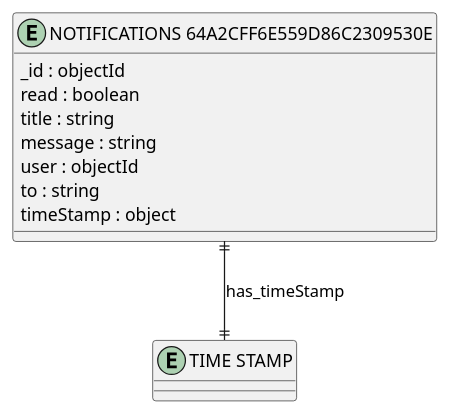
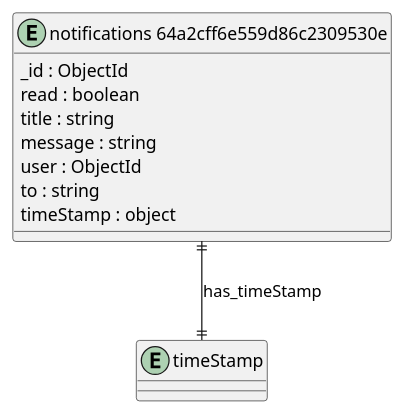
One commit to DigitalPaani/DigitalPaani_ERD changed the diagram in erd_output/NOTIFICATIONS_64A2CFF6E559D86C2309530E.puml. Above: the diagram before and after it, drawn with PlantUML. The commit also changed 274 other files, not shown here.

Commit message:
fix: updated diagram and script

```diff
--- a/erd_output/NOTIFICATIONS_64A2CFF6E559D86C2309530E.puml
+++ b/erd_output/NOTIFICATIONS_64A2CFF6E559D86C2309530E.puml
@@ -1,18 +1,18 @@
-@startuml NOTIFICATIONS_64A2CFF6E559D86C2309530E_Diagram
+@startuml notifications_64a2cff6e559d86c2309530e_Diagram
 
-entity "NOTIFICATIONS 64A2CFF6E559D86C2309530E" as NOTIFICATIONS_64A2CFF6E559D86C2309530E {
-  _id : objectId
+entity "notifications 64a2cff6e559d86c2309530e" as notifications_64a2cff6e559d86c2309530e {
+  _id : ObjectId
   read : boolean
   title : string
   message : string
-  user : objectId
+  user : ObjectId
   to : string
   timeStamp : object
 }
 
-entity "TIME STAMP" as TIME_STAMP {
+entity "timeStamp" as timeStamp {
 }
 
 ' // Relationships
-NOTIFICATIONS_64A2CFF6E559D86C2309530E ||--|| TIME_STAMP : has_timeStamp
+notifications_64a2cff6e559d86c2309530e ||--|| timeStamp : has_timeStamp
 @enduml
```
